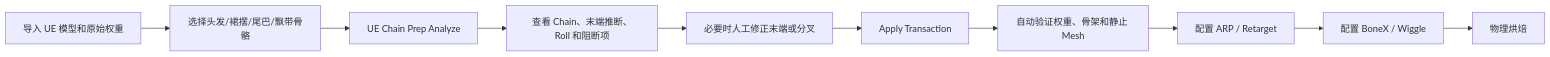
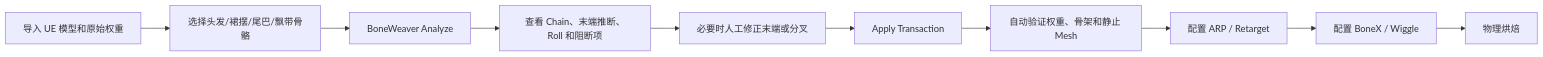
Before and after one commit to dotm5/BoneWeaver: the first of 2 diagrams in plan.md, drawn with Mermaid. The commit also changed other lines of this file and 278 other files, not shown here.

Commit message:
chore: rename project to BoneWeaver and prepare v0.2.0

````diff
--- a/plan.md
+++ b/plan.md
@@ -248,12 +248,12 @@
 ```mermaid
 flowchart LR
     A[导入 UE 模型和原始权重] --> B[选择头发/裙摆/尾巴/飘带骨骼]
-    B --> C[UE Chain Prep Analyze]
+    B --> C[BoneWeaver Analyze]
     C --> D[查看 Chain、末端推断、Roll 和阻断项]
     D --> E[必要时人工修正末端或分叉]
     E --> F[Apply Transaction]
     F --> G[自动验证权重、骨架和静止 Mesh]
     G --> H[配置 ARP / Retarget]
     H --> I[配置 BoneX / Wiggle]
     I --> J[物理烘焙]
 ```
````
